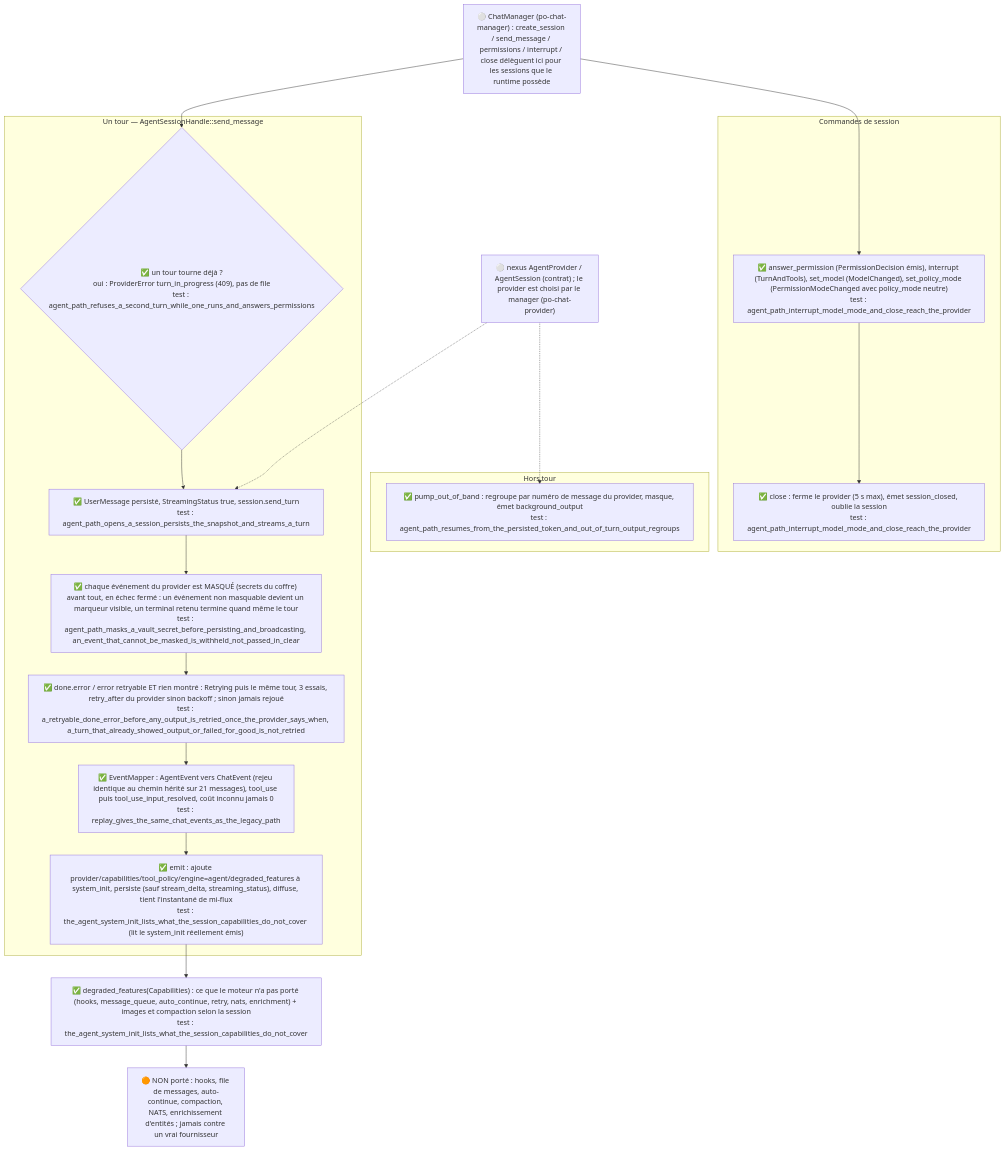
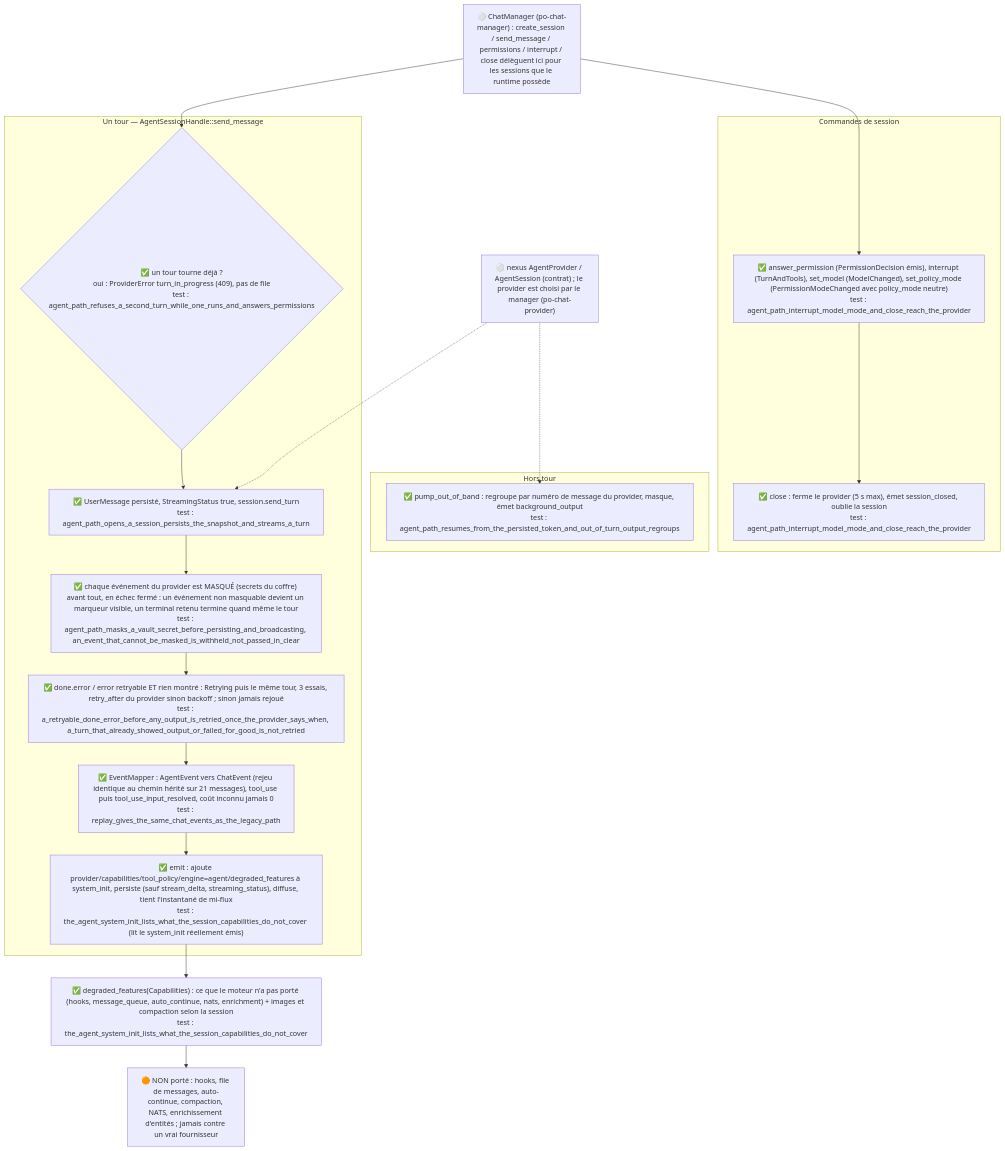
Before and after one commit to this-rs/project-orchestrator: the diagram in docs/diagrams/po-chat-agent-runtime.mmd, drawn with Mermaid. The commit also changed 6 other files, not shown here.

First line of the commit message:
fix(harness): degraded_features no longer announces retry as missing

```diff
--- a/docs/diagrams/po-chat-agent-runtime.mmd
+++ b/docs/diagrams/po-chat-agent-runtime.mmd
@@ -1,54 +1,54 @@
 %% name: po-chat-agent-runtime
 %% covers: backend:src/chat/agent_runtime.rs
 %% verified: 878281ca
 %% ---
 %% PROUVE : le moteur « agent » du chat (tâche B13) : comment un AgentSession nexus est piloté, ce qu'il
 %%   diffuse et persiste, ce qu'il ne fait PAS encore. Le routage entre moteurs est dans po-chat-manager.
 %% ---
 %% SOURCES LUES :
 %%   src/chat/agent_runtime.rs — AgentRuntime, AgentSessionHandle (send_message, answer_permission, interrupt,
 %%                               set_model, set_policy_mode), mask_agent_event, degraded_features, retry,
 %%                               pump_out_of_band, BuiltinProviders, fake (tests)
 %%   src/chat/provider/event_map.rs — EventMapper (AgentEvent vers ChatEvent)
 %% ---
 %% NON ETABLI :
 %%   jamais exercé contre le VRAI CLI Claude, un vrai endpoint ni un vrai Codex/ACP (faux provider, fake_openai,
 %%   fake_mcp seulement) ; hooks, file de messages, auto-continue, compaction, NATS, enrichissement : absents
 %%   (annoncés par degraded_features) ; la publication NATS de session_closed est faite par le manager, non testée.
 %% ---
 %% LEGENDE
 %%   ✅ vérifié (le nœud dit par quel test)  🟠 écrit, sans test / décidé non écrit  ⚪ amont ou autre domaine
 
 flowchart TD
     MGR["⚪ ChatManager (po-chat-manager) : create_session / send_message / permissions / interrupt / close délèguent ici pour les sessions que le runtime possède"]
     PROV["⚪ nexus AgentProvider / AgentSession (contrat) ; le provider est choisi par le manager (po-chat-provider)"]
 
     subgraph turn["Un tour — AgentSessionHandle::send_message"]
         BUSY{"✅ un tour tourne déjà ?<br/>oui : ProviderError turn_in_progress (409), pas de file<br/>test : agent_path_refuses_a_second_turn_while_one_runs_and_answers_permissions"}
         SEND["✅ UserMessage persisté, StreamingStatus true, session.send_turn<br/>test : agent_path_opens_a_session_persists_the_snapshot_and_streams_a_turn"]
         MASK["✅ chaque événement du provider est MASQUÉ (secrets du coffre) avant tout, en échec fermé : un événement non masquable devient un marqueur visible, un terminal retenu termine quand même le tour<br/>test : agent_path_masks_a_vault_secret_before_persisting_and_broadcasting, an_event_that_cannot_be_masked_is_withheld_not_passed_in_clear"]
         RETRY["✅ done.error / error retryable ET rien montré : Retrying puis le même tour, 3 essais, retry_after du provider sinon backoff ; sinon jamais rejoué<br/>test : a_retryable_done_error_before_any_output_is_retried_once_the_provider_says_when, a_turn_that_already_showed_output_or_failed_for_good_is_not_retried"]
         MAP["✅ EventMapper : AgentEvent vers ChatEvent (rejeu identique au chemin hérité sur 21 messages), tool_use puis tool_use_input_resolved, coût inconnu jamais 0<br/>test : replay_gives_the_same_chat_events_as_the_legacy_path"]
         EMIT["✅ emit : ajoute provider/capabilities/tool_policy/engine=agent/degraded_features à system_init, persiste (sauf stream_delta, streaming_status), diffuse, tient l'instantané de mi-flux<br/>test : the_agent_system_init_lists_what_the_session_capabilities_do_not_cover (lit le system_init réellement émis)"]
         BUSY --> SEND --> MASK --> RETRY --> MAP --> EMIT
     end
 
     subgraph oob["Hors tour"]
         OOB["✅ pump_out_of_band : regroupe par numéro de message du provider, masque, émet background_output<br/>test : agent_path_resumes_from_the_persisted_token_and_out_of_turn_output_regroups"]
     end
 
     subgraph ctl["Commandes de session"]
         CTL["✅ answer_permission (PermissionDecision émis), interrupt (TurnAndTools), set_model (ModelChanged), set_policy_mode (PermissionModeChanged avec policy_mode neutre)<br/>test : agent_path_interrupt_model_mode_and_close_reach_the_provider"]
         CLOSE["✅ close : ferme le provider (5 s max), émet session_closed, oublie la session<br/>test : agent_path_interrupt_model_mode_and_close_reach_the_provider"]
     end
 
-    DEGR["✅ degraded_features(Capabilities) : ce que le moteur n'a pas porté (hooks, message_queue, auto_continue, retry, nats, enrichment) + images et compaction selon la session<br/>test : the_agent_system_init_lists_what_the_session_capabilities_do_not_cover"]
+    DEGR["✅ degraded_features(Capabilities) : ce que le moteur n'a pas porté (hooks, message_queue, auto_continue, nats, enrichment) + images et compaction selon la session<br/>test : the_agent_system_init_lists_what_the_session_capabilities_do_not_cover"]
     LOST["🟠 NON porté : hooks, file de messages, auto-continue, compaction, NATS, enrichissement d'entités ; jamais contre un vrai fournisseur"]
 
     MGR --> BUSY
     MGR --> CTL
     PROV -.-> SEND
     PROV -.-> OOB
     EMIT --> DEGR
     DEGR --> LOST
     CTL --> CLOSE
```
